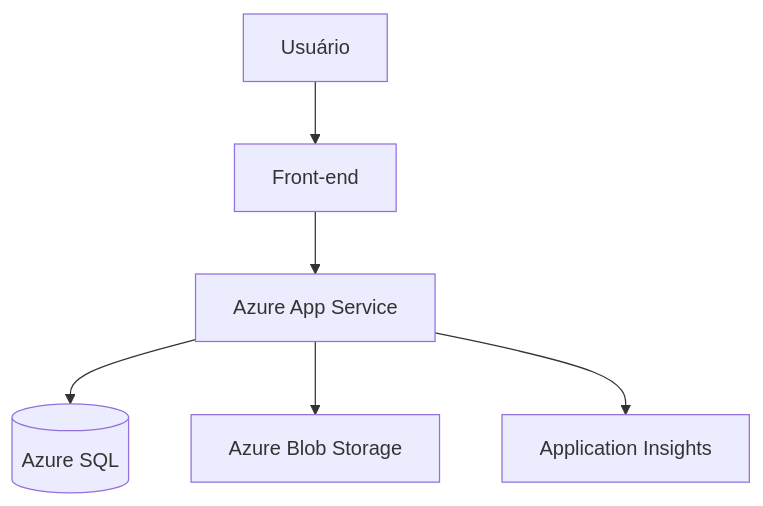
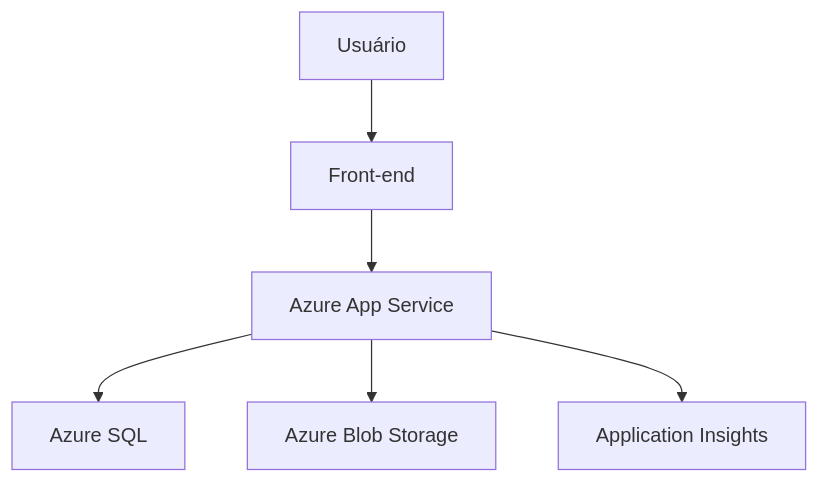
The tenth of 10 diagrams in docs/REFERENCIAS_VISUAIS.md (IgorHLeal/PortifolioDev), drawn with Mermaid before and after one commit. The commit also changed other lines of this file and 2 other files, not shown here.

Commit message:
fix: corrige renderização dos diagramas Mermaid

````diff
--- a/docs/REFERENCIAS_VISUAIS.md
+++ b/docs/REFERENCIAS_VISUAIS.md
@@ -158,8 +158,8 @@
 ```mermaid
-flowchart TD
-    U[Usuário] --> W[Front-end]
-    W --> A[Azure App Service]
-    A --> S[(Azure SQL)]
-    A --> B[Azure Blob Storage]
-    A --> O[Application Insights]
+graph TD
+    user["Usuário"] --> frontend["Front-end"]
+    frontend --> app["Azure App Service"]
+    app --> sql["Azure SQL"]
+    app --> blob["Azure Blob Storage"]
+    app --> insights["Application Insights"]
 ```
````
